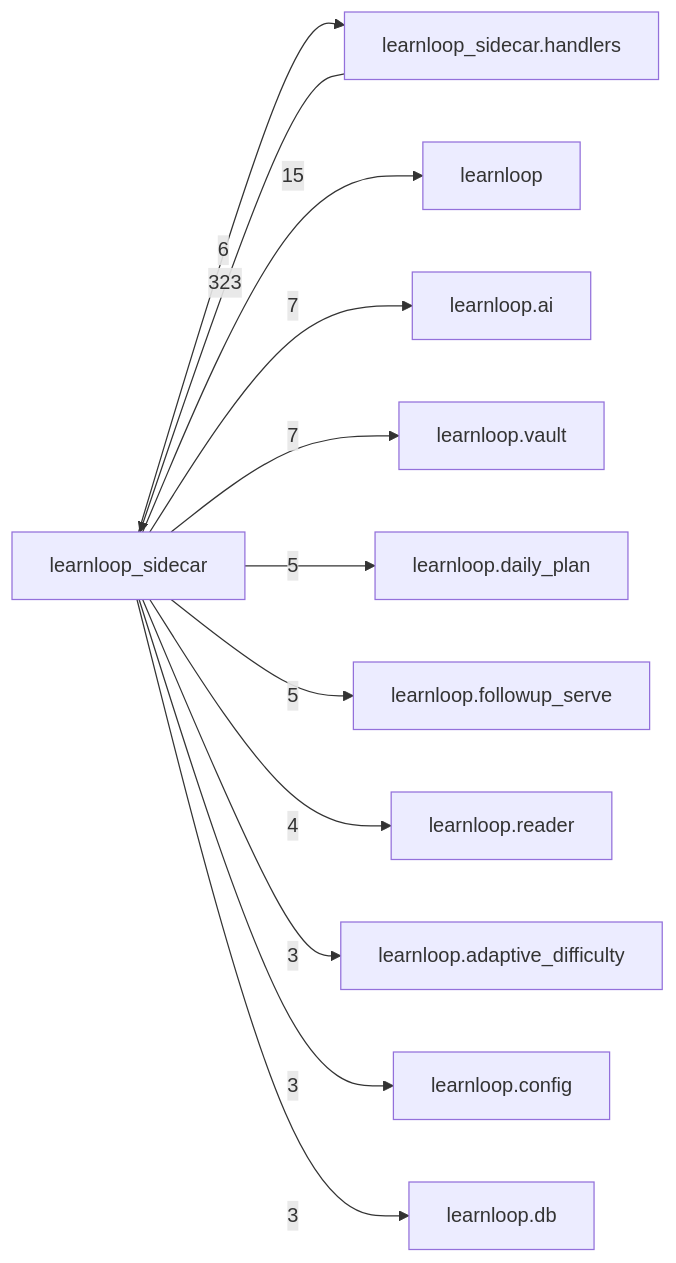
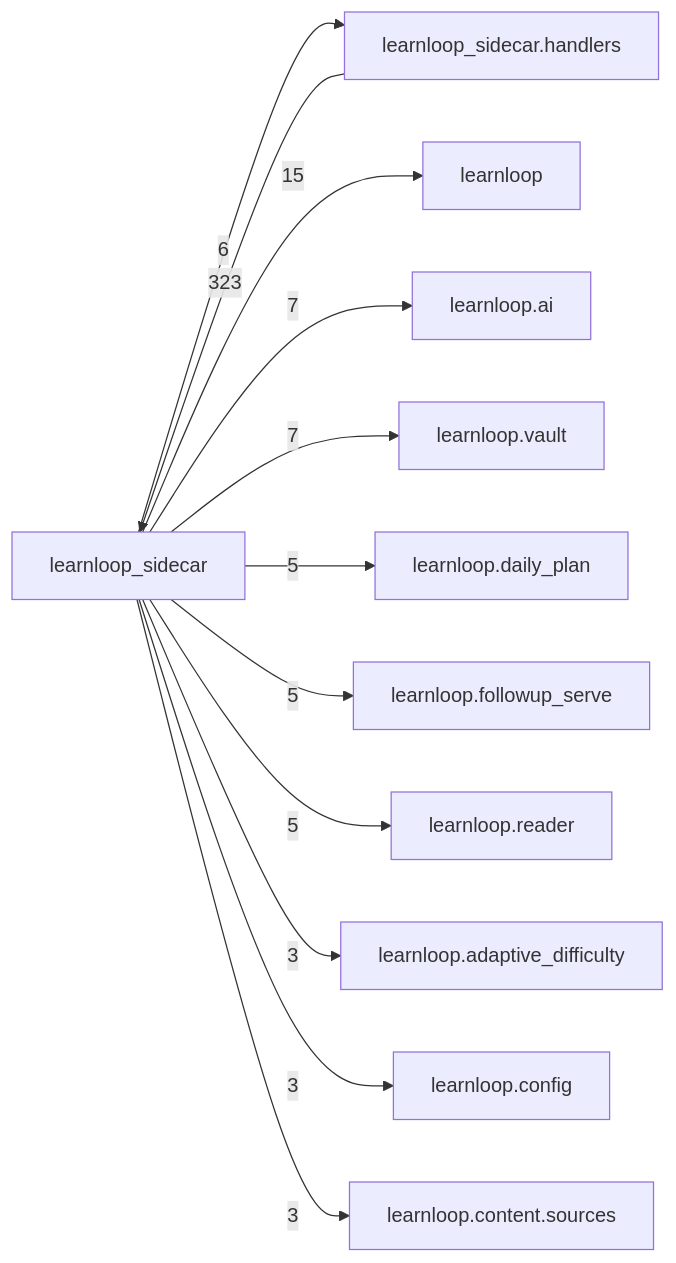
Before and after one commit to 6up-b/learnanything: the diagram in docs/learnloop-architecture-vault/Reference/Modules/learnloop_sidecar/_package.md, drawn with Mermaid. The commit also changed other lines of this file and 45 other files, not shown here.

````diff
--- a/docs/learnloop-architecture-vault/Reference/Modules/learnloop_sidecar/_package.md
+++ b/docs/learnloop-architecture-vault/Reference/Modules/learnloop_sidecar/_package.md
@@ -128,25 +128,25 @@
 ```mermaid
 flowchart LR
     center["learnloop_sidecar"]
     n_learnloop_sidecar_handlers["learnloop_sidecar.handlers"]
     n_learnloop["learnloop"]
     n_learnloop_ai["learnloop.ai"]
     n_learnloop_vault["learnloop.vault"]
     n_learnloop_daily_plan["learnloop.daily_plan"]
     n_learnloop_followup_serve["learnloop.followup_serve"]
     n_learnloop_reader["learnloop.reader"]
     n_learnloop_adaptive_difficulty["learnloop.adaptive_difficulty"]
     n_learnloop_config["learnloop.config"]
-    n_learnloop_db["learnloop.db"]
+    n_learnloop_content_sources["learnloop.content.sources"]
     n_learnloop_sidecar_handlers -->|323| center
     center -->|6| n_learnloop_sidecar_handlers
     center -->|15| n_learnloop
     center -->|7| n_learnloop_ai
     center -->|7| n_learnloop_vault
     center -->|5| n_learnloop_daily_plan
     center -->|5| n_learnloop_followup_serve
-    center -->|4| n_learnloop_reader
+    center -->|5| n_learnloop_reader
     center -->|3| n_learnloop_adaptive_difficulty
     center -->|3| n_learnloop_config
-    center -->|3| n_learnloop_db
+    center -->|3| n_learnloop_content_sources
 ```
````
